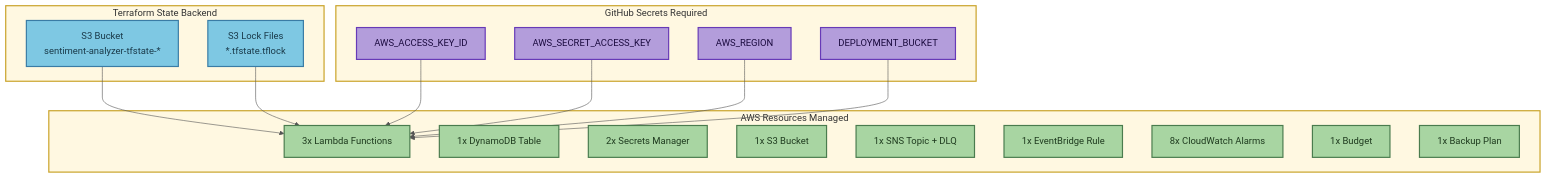
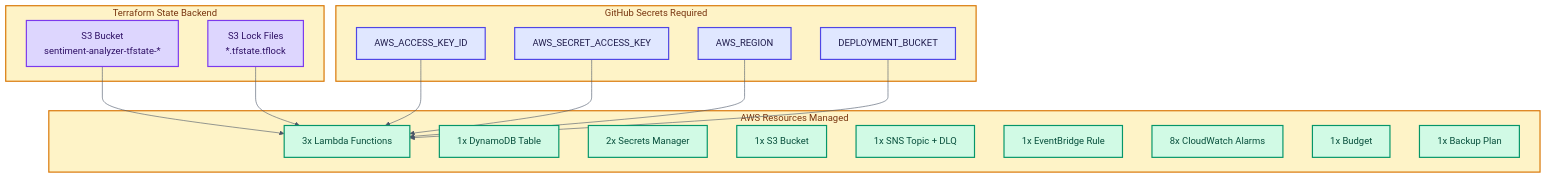
One commit to traylorre/sentiment-analyzer-gsk changed the sixth of 9 diagrams in docs/TERRAFORM_DEPLOYMENT_FLOW.md. Above: the diagram before and after it, drawn with Mermaid. The commit also changed other lines of this file and 3 other files, not shown here.

First line of the commit message:
docs: Update all diagrams with unified WCAG-compliant color palette

````diff
--- a/docs/TERRAFORM_DEPLOYMENT_FLOW.md
+++ b/docs/TERRAFORM_DEPLOYMENT_FLOW.md
@@ -248,44 +248,44 @@
 ```mermaid
-%%{init: {'theme':'base', 'themeVariables': {'primaryColor':'#fff8e1', 'primaryTextColor':'#333', 'primaryBorderColor':'#c9a227', 'lineColor':'#555'}}}%%
+%%{init: {'theme': 'base', 'themeVariables': {'primaryColor': '#e8f4fd', 'primaryTextColor': '#1a365d', 'primaryBorderColor': '#3182ce', 'lineColor': '#4a5568'}}}%%
 graph TB
     subgraph StateBackend["Terraform State Backend"]
         A[S3 Bucket<br/>sentiment-analyzer-tfstate-*]
         B[S3 Lock Files<br/>*.tfstate.tflock]
     end
 
     subgraph GHSecrets["GitHub Secrets Required"]
         C[AWS_ACCESS_KEY_ID]
         D[AWS_SECRET_ACCESS_KEY]
         E[AWS_REGION]
         F[DEPLOYMENT_BUCKET]
     end
 
     subgraph AWSResources["AWS Resources Managed"]
         G[3x Lambda Functions]
         H[1x DynamoDB Table]
         I[2x Secrets Manager]
         J[1x S3 Bucket]
         K[1x SNS Topic + DLQ]
         L[1x EventBridge Rule]
         M[8x CloudWatch Alarms]
         N[1x Budget]
         O[1x Backup Plan]
     end
 
     A --> G
     B --> G
     C --> G
     D --> G
     E --> G
     F --> G
 
-    classDef stageBox fill:#fff8e1,stroke:#c9a227,stroke-width:2px,color:#333
-    classDef stateNode fill:#7ec8e3,stroke:#3a7ca5,stroke-width:2px,color:#1a3a4a
-    classDef secretNode fill:#b39ddb,stroke:#673ab7,stroke-width:2px,color:#1a0a3e
-    classDef resourceNode fill:#a8d5a2,stroke:#4a7c4e,stroke-width:2px,color:#1e3a1e
+    classDef stageBox fill:#fef3c7,stroke:#d97706,stroke-width:2px,color:#78350f
+    classDef stateNode fill:#ddd6fe,stroke:#7c3aed,stroke-width:2px,color:#2e1065
+    classDef secretNode fill:#e0e7ff,stroke:#4f46e5,stroke-width:2px,color:#1e1b4b
+    classDef resourceNode fill:#d1fae5,stroke:#059669,stroke-width:2px,color:#064e3b
 
     class StateBackend,GHSecrets,AWSResources stageBox
     class A,B stateNode
     class C,D,E,F secretNode
     class G,H,I,J,K,L,M,N,O resourceNode
 ```
````
